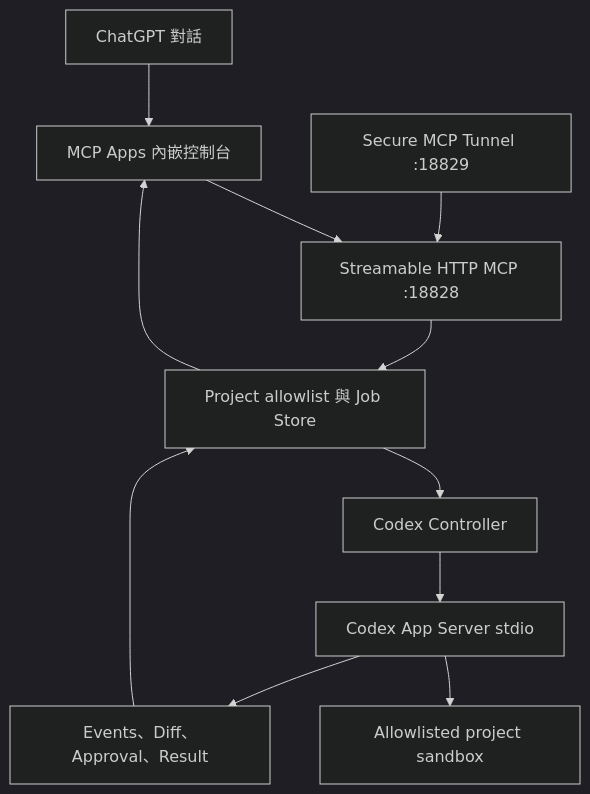
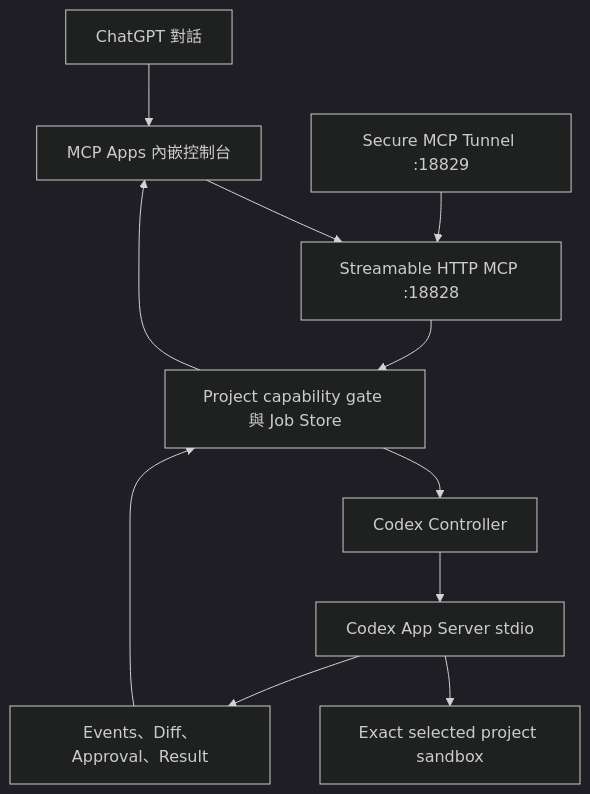
Before and after one commit to lulu930128/GPT_MCPtool: the diagram in codex_bridge/README.md, drawn with Mermaid (dark theme). The commit also changed other lines of this file and 42 other files, not shown here.

````diff
--- a/codex_bridge/README.md
+++ b/codex_bridge/README.md
@@ -52,13 +74,13 @@
 ```mermaid
 flowchart TD
     A["ChatGPT 對話"] --> B["MCP Apps 內嵌控制台"]
     B --> C["Streamable HTTP MCP :18828"]
-    C --> D["Project allowlist 與 Job Store"]
+    C --> D["Project capability gate 與 Job Store"]
     D --> E["Codex Controller"]
     E --> F["Codex App Server stdio"]
-    F --> G["Allowlisted project sandbox"]
+    F --> G["Exact selected project sandbox"]
     F --> H["Events、Diff、Approval、Result"]
     H --> D
     D --> B
     I["Secure MCP Tunnel :18829"] --> C
 ```
````
